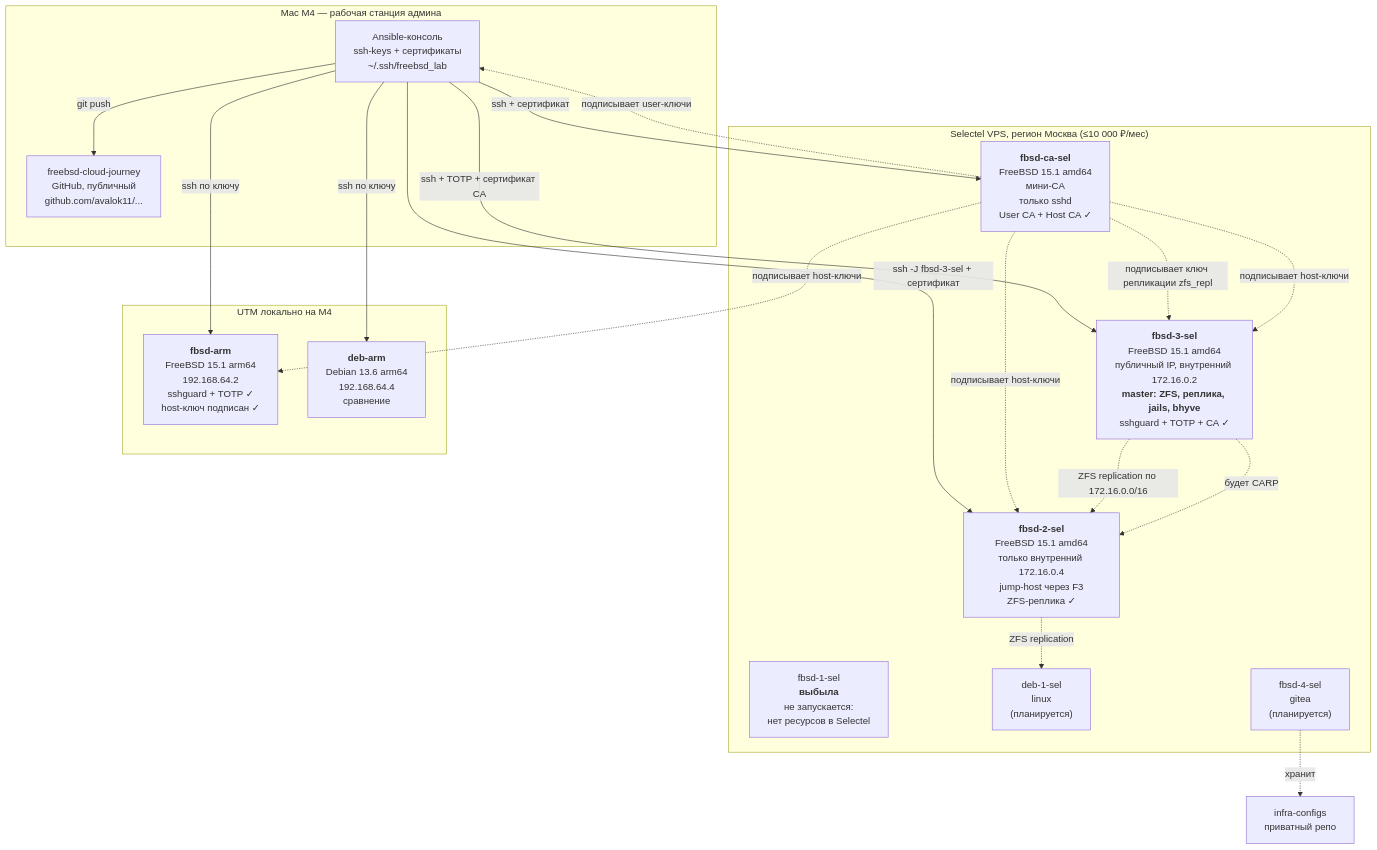
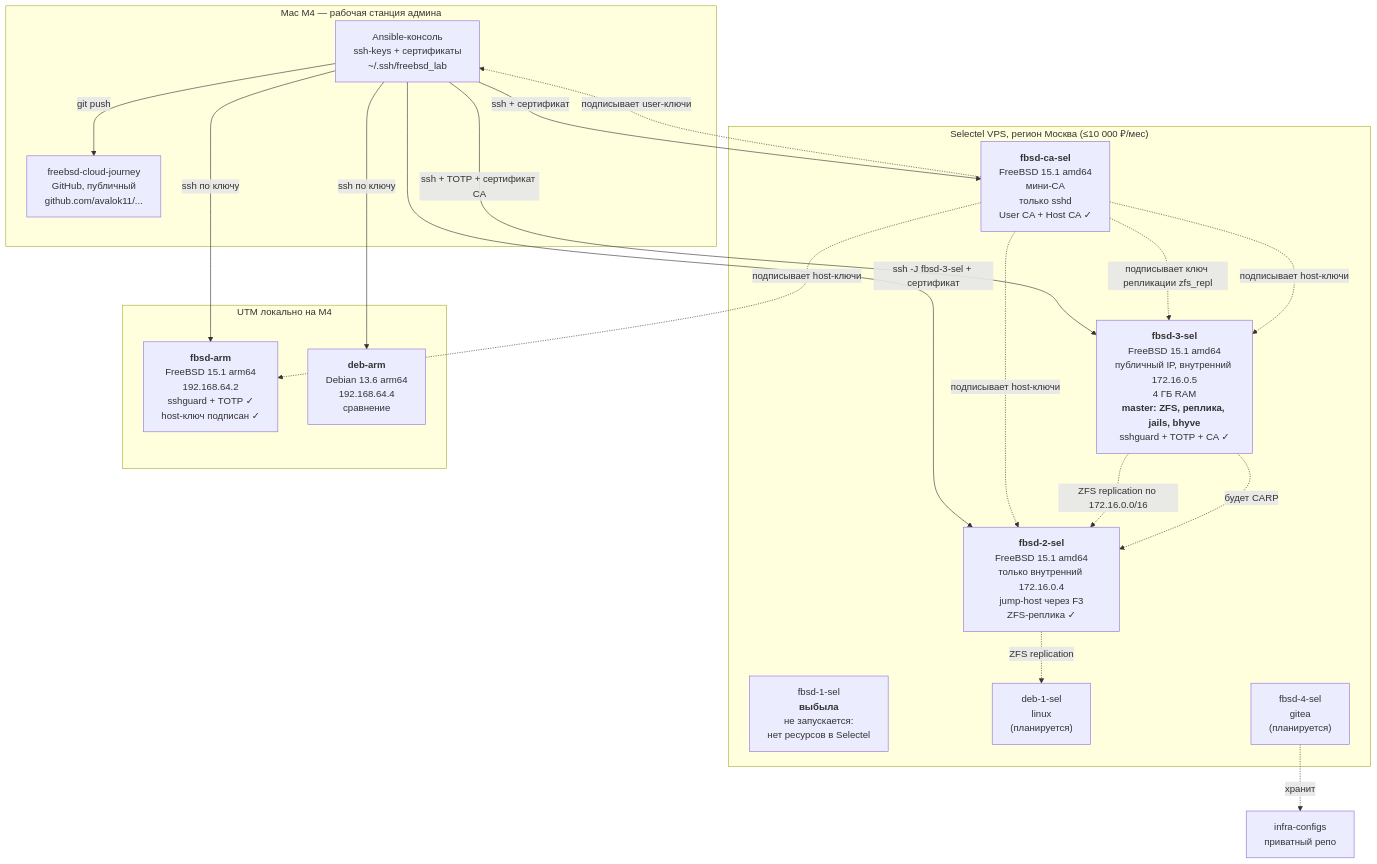
One commit to avalok11/freebsd-cloud-journey changed the diagram in docs/architecture.md. Above: the diagram before and after it, drawn with Mermaid. The commit also changed other lines of this file and 14 other files, not shown here.

````diff
--- a/docs/architecture.md
+++ b/docs/architecture.md
@@ -13,37 +13,37 @@
 ```mermaid
 graph TB
     subgraph Laptop["Mac M4 — рабочая станция админа"]
         Console["Ansible-консоль<br/>ssh-keys + сертификаты<br/>~/.ssh/freebsd_lab"]
         GH["freebsd-cloud-journey<br/>GitHub, публичный<br/>github.com/avalok11/..."]
     end
 
     subgraph Selectel["Selectel VPS, регион Москва (≤10 000 ₽/мес)"]
-        F3["<b>fbsd-3-sel</b><br/>FreeBSD 15.1 amd64<br/>публичный IP, внутренний 172.16.0.2<br/><b>master: ZFS, реплика, jails, bhyve</b><br/>sshguard + TOTP + CA ✓"]
+        F3["<b>fbsd-3-sel</b><br/>FreeBSD 15.1 amd64<br/>публичный IP, внутренний 172.16.0.5<br/>4 ГБ RAM<br/><b>master: ZFS, реплика, jails, bhyve</b><br/>sshguard + TOTP + CA ✓"]
         CA["<b>fbsd-ca-sel</b><br/>FreeBSD 15.1 amd64<br/>мини-CA<br/>только sshd<br/>User CA + Host CA ✓"]
         F2["<b>fbsd-2-sel</b><br/>FreeBSD 15.1 amd64<br/>только внутренний 172.16.0.4<br/>jump-host через F3<br/>ZFS-реплика ✓"]
         F1["fbsd-1-sel<br/><b>выбыла</b><br/>не запускается:<br/>нет ресурсов в Selectel"]
         L1["deb-1-sel<br/>linux<br/>(планируется)"]
         Gitea["fbsd-4-sel<br/>gitea<br/>(планируется)"]
     end
 
     subgraph LocalLab["UTM локально на M4"]
         FARM["<b>fbsd-arm</b><br/>FreeBSD 15.1 arm64<br/>192.168.64.2<br/>sshguard + TOTP ✓<br/>host-ключ подписан ✓"]
         DARM["<b>deb-arm</b><br/>Debian 13.6 arm64<br/>192.168.64.4<br/>сравнение"]
     end
 
     Console -->|"ssh + TOTP + сертификат CA"| F3
     Console -->|"ssh + сертификат"| CA
     Console -->|"ssh -J fbsd-3-sel + сертификат"| F2
     Console -->|"ssh по ключу"| FARM
     Console -->|"ssh по ключу"| DARM
     Console -->|"git push"| GH
     CA -. "подписывает user-ключи" .-> Console
     CA -. "подписывает ключ репликации zfs_repl" .-> F3
     CA -. "подписывает host-ключи" .-> F3
     CA -. "подписывает host-ключи" .-> F2
     CA -. "подписывает host-ключи" .-> FARM
     F3 -. "ZFS replication по 172.16.0.0/16" .-> F2
     F3 -. "будет CARP" .-> F2
     F2 -. "ZFS replication" .-> L1
     Gitea -. "хранит" .-> InfraCfg["infra-configs<br/>приватный репо"]
 ```
````
